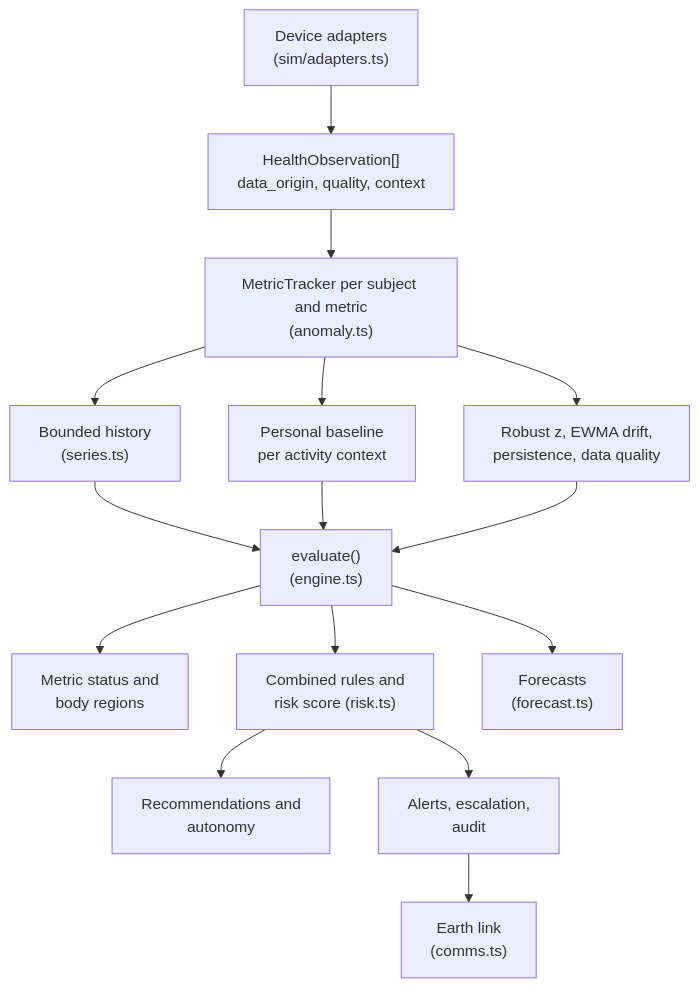
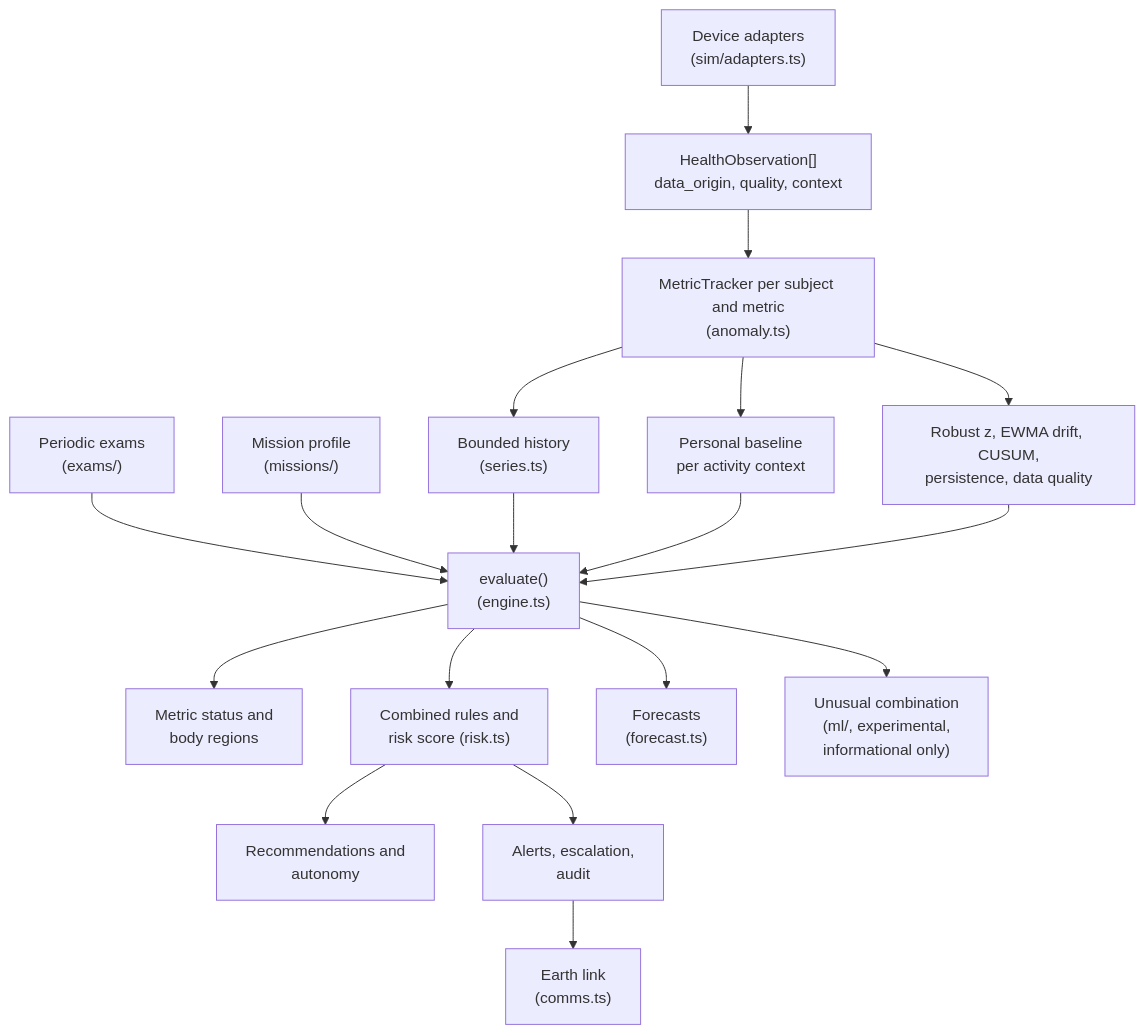
The diagram in docs-site/intelligence/overview.md (Gabrieldiv/astronaut-health-intelligence-platform), drawn with Mermaid before and after one commit. The commit also changed other lines of this file and 39 other files, not shown here.

````diff
--- a/docs-site/intelligence/overview.md
+++ b/docs-site/intelligence/overview.md
@@ -24,15 +24,18 @@
 ```mermaid
 flowchart TB
     A["Device adapters<br/>(sim/adapters.ts)"] --> B["HealthObservation[]<br/>data_origin, quality, context"]
     B --> C["MetricTracker per subject and metric<br/>(anomaly.ts)"]
     C --> C1["Bounded history<br/>(series.ts)"]
     C --> C2["Personal baseline<br/>per activity context"]
-    C --> C3["Robust z, EWMA drift,<br/>persistence, data quality"]
+    C --> C3["Robust z, EWMA drift, CUSUM,<br/>persistence, data quality"]
+    EX["Periodic exams<br/>(exams/)"] --> D
+    MP["Mission profile<br/>(missions/)"] --> D
     C1 & C2 & C3 --> D["evaluate()<br/>(engine.ts)"]
     D --> E["Metric status and<br/>body regions"]
     D --> F["Combined rules and<br/>risk score (risk.ts)"]
     D --> G["Forecasts<br/>(forecast.ts)"]
+    D --> ML["Unusual combination<br/>(ml/, experimental,<br/>informational only)"]
     F --> H["Recommendations and<br/>autonomy"]
     F --> I["Alerts, escalation,<br/>audit"]
     I --> J["Earth link<br/>(comms.ts)"]
 ```
````
